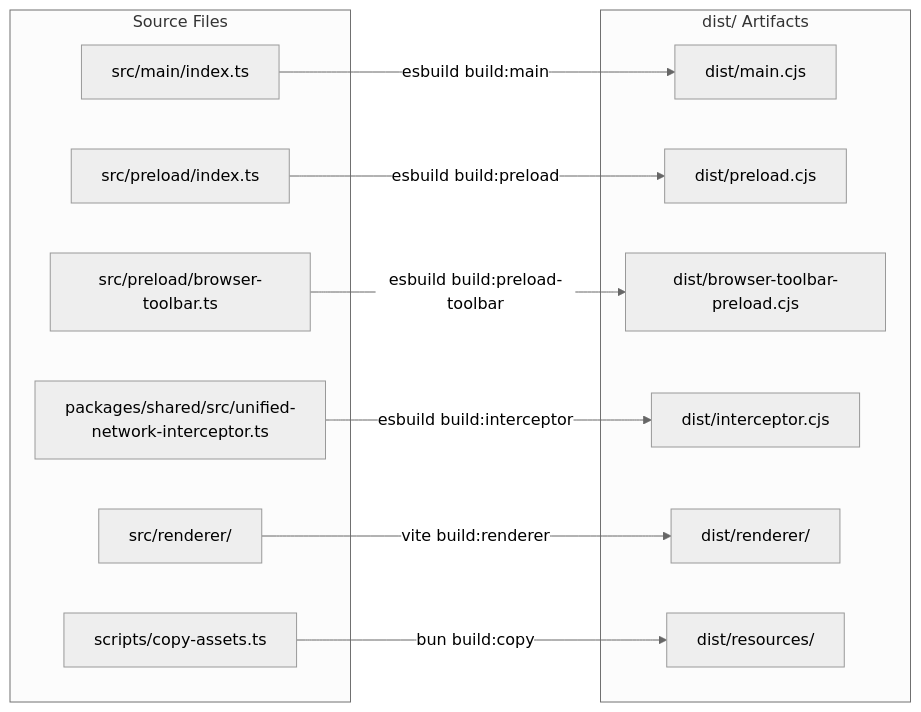
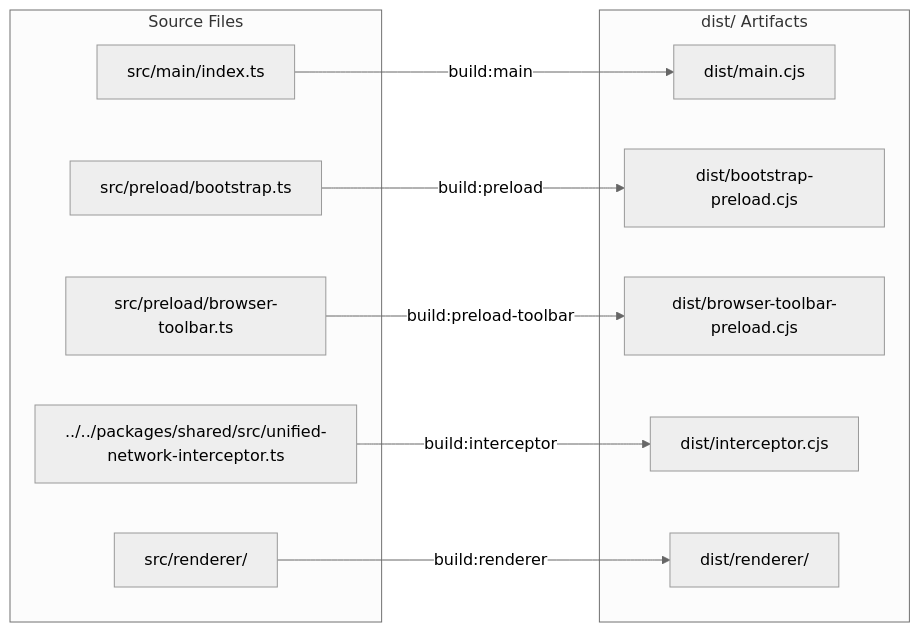
The third of 3 diagrams in docs/lukilabs_craft-agents-oss/architecture/electron-application-architecture.md (blackcater/zentree), drawn with Mermaid (neutral theme) before and after one commit. The commit also changed other lines of this file and 232 other files, not shown here.

````diff
--- a/docs/lukilabs_craft-agents-oss/architecture/electron-application-architecture.md
+++ b/docs/lukilabs_craft-agents-oss/architecture/electron-application-architecture.md
@@ -233,27 +168,24 @@
 ```mermaid
 graph LR
   subgraph Inputs["Source Files"]
     mainSrc["src/main/index.ts"]
-    preloadSrc["src/preload/index.ts"]
+    preloadSrc["src/preload/bootstrap.ts"]
     toolbarSrc["src/preload/browser-toolbar.ts"]
-    interceptorSrc["packages/shared/src/unified-network-interceptor.ts"]
+    interceptorSrc["../../packages/shared/src/unified-network-interceptor.ts"]
     rendererSrc["src/renderer/"]
-    assetSrc["scripts/copy-assets.ts"]
   end
 
   subgraph Outputs["dist/ Artifacts"]
     mainDist["dist/main.cjs"]
-    preloadDist["dist/preload.cjs"]
+    preloadDist["dist/bootstrap-preload.cjs"]
     toolbarDist["dist/browser-toolbar-preload.cjs"]
     interceptorDist["dist/interceptor.cjs"]
     rendererDist["dist/renderer/"]
-    assetsDist["dist/resources/"]
   end
 
-  mainSrc -->|"esbuild build:main"| mainDist
-  preloadSrc -->|"esbuild build:preload"| preloadDist
-  toolbarSrc -->|"esbuild build:preload-toolbar"| toolbarDist
-  interceptorSrc -->|"esbuild build:interceptor"| interceptorDist
-  rendererSrc -->|"vite build:renderer"| rendererDist
-  assetSrc -->|"bun build:copy"| assetsDist
+  mainSrc -->|"build:main"| mainDist
+  preloadSrc -->|"build:preload"| preloadDist
+  toolbarSrc -->|"build:preload-toolbar"| toolbarDist
+  interceptorSrc -->|"build:interceptor"| interceptorDist
+  rendererSrc -->|"build:renderer"| rendererDist
 ```
````
